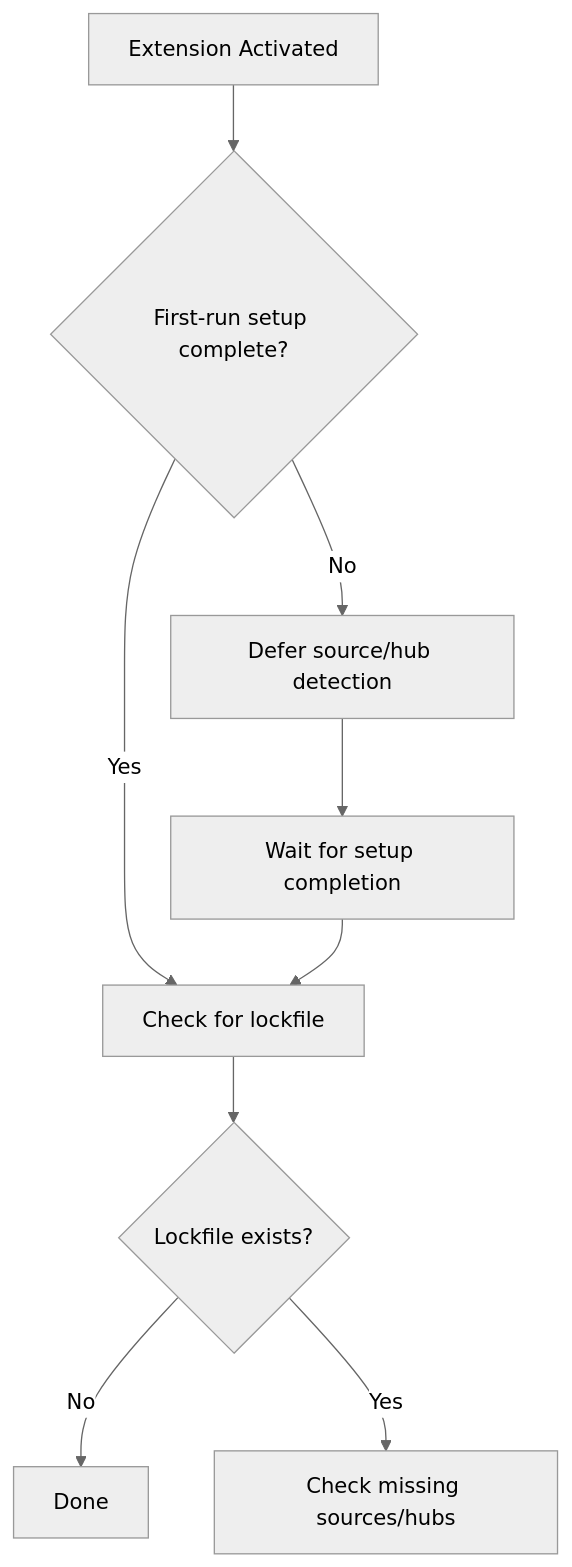
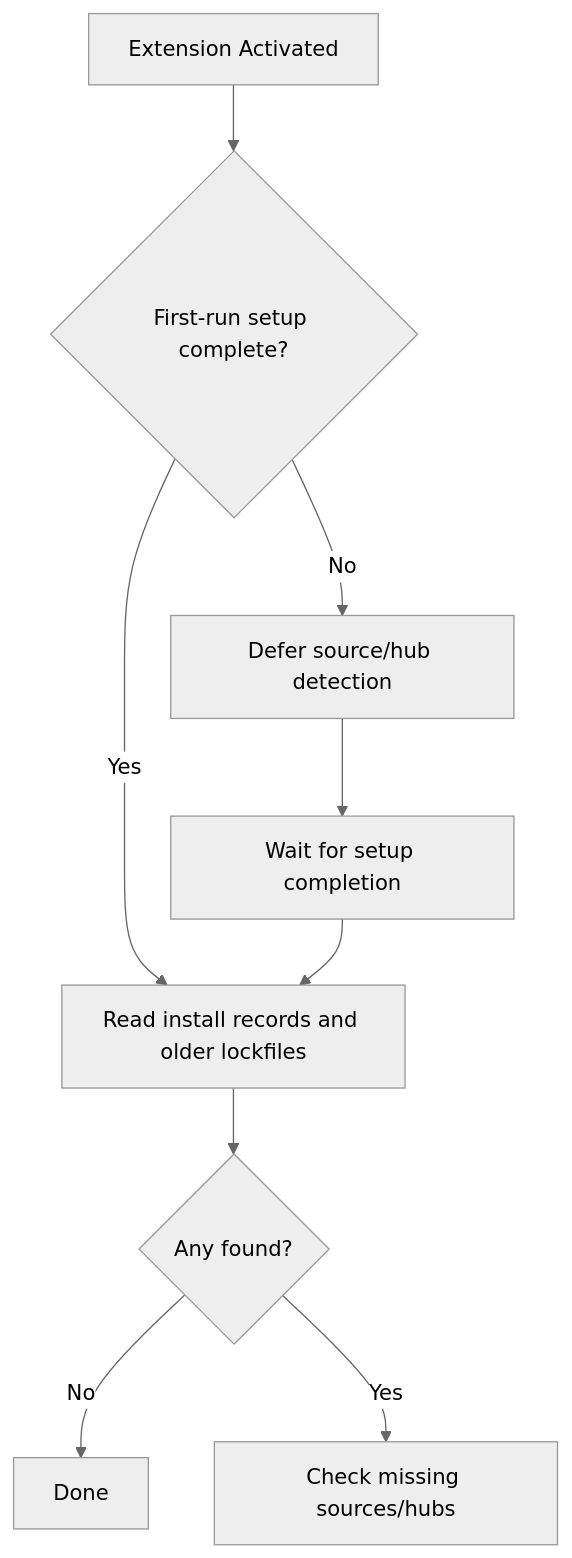
One commit to AmadeusITGroup/ai-primitives-hub changed the fifth of 6 diagrams in docs/contributor-guide/architecture/installation-flow.md. Above: the diagram before and after it, drawn with Mermaid (neutral theme). The commit also changed other lines of this file and 11 other files, not shown here.

Commit message:
docs: update contributor docs for the install records

````diff
--- a/docs/contributor-guide/architecture/installation-flow.md
+++ b/docs/contributor-guide/architecture/installation-flow.md
@@ -392,11 +342,11 @@
 ```mermaid
 flowchart TD
     A[Extension Activated] --> B{First-run setup complete?}
     B -->|No| C[Defer source/hub detection]
-    B -->|Yes| D[Check for lockfile]
+    B -->|Yes| D[Read install records and older lockfiles]
     C --> E[Wait for setup completion]
     E --> D
-    D --> F{Lockfile exists?}
+    D --> F{Any found?}
     F -->|No| Z[Done]
     F -->|Yes| G[Check missing sources/hubs]
 ```
````
